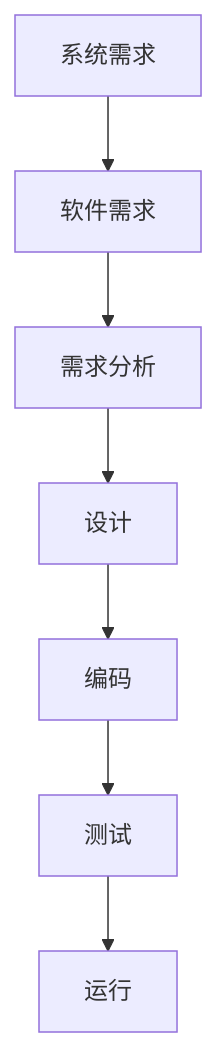
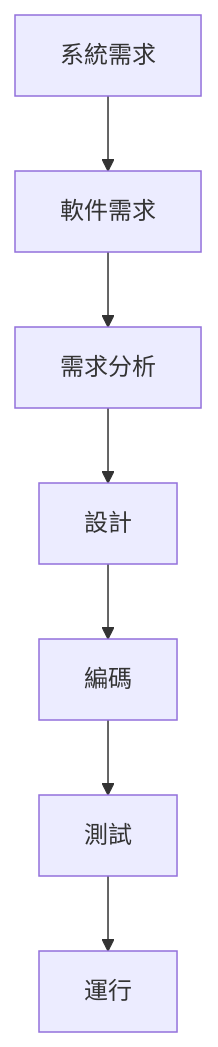
Diagram 13 of 14 in _posts/2022-07-04-02333-software_engineer.md (chchoiw/chchoiw.github.io), drawn with Mermaid before and after one commit. The commit also changed other lines of this file, not shown here.

`````diff
--- a/_posts/2022-07-04-02333-software_engineer.md
+++ b/_posts/2022-07-04-02333-software_engineer.md
@@ -1159,16 +1159,16 @@
 ```mermaid
 graph TB
-id1[系统需求]
-id2[软件需求]
+id1[系統需求]
+id2[軟件需求]
 id3[需求分析]
-id4[设计]
-id5[编码]
-id6[测试]
-id7[运行]
+id4[設計]
+id5[編碼]
+id6[測試]
+id7[運行]
 id1-->id2
 id2-->id3
 id3-->id4
 id4-->id5
 id5-->id6
 id6-->id7
 ````
`````
